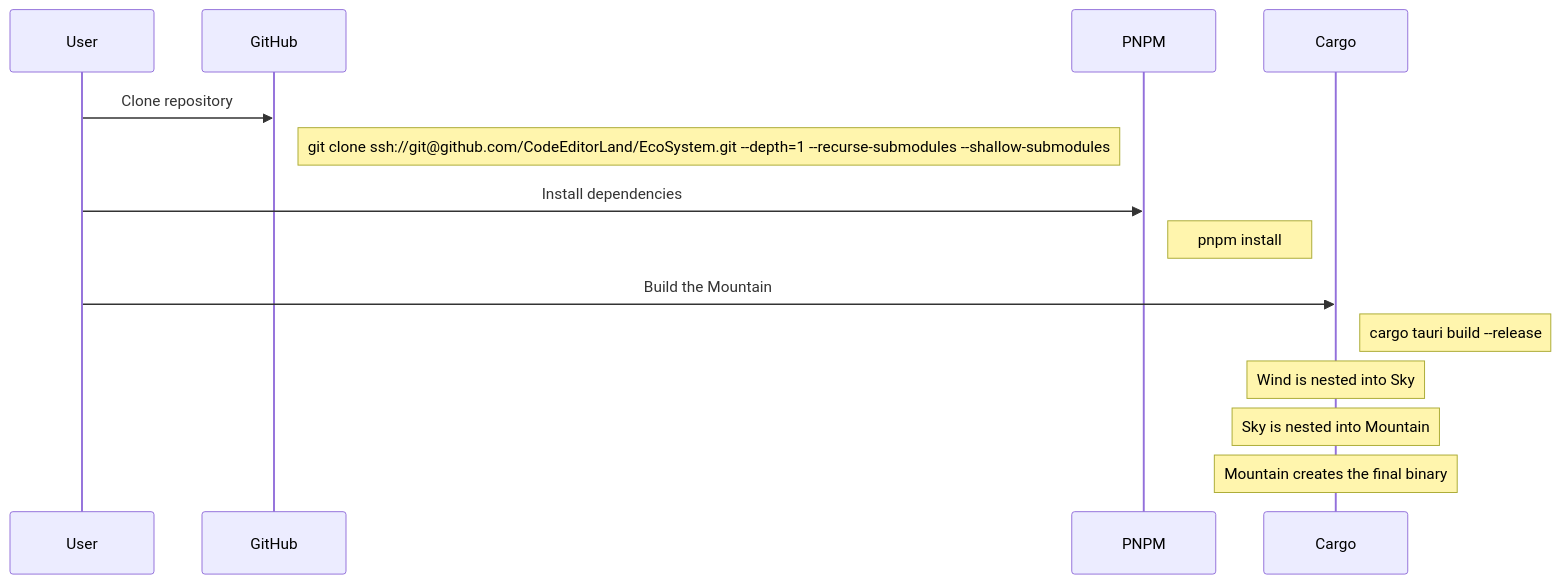
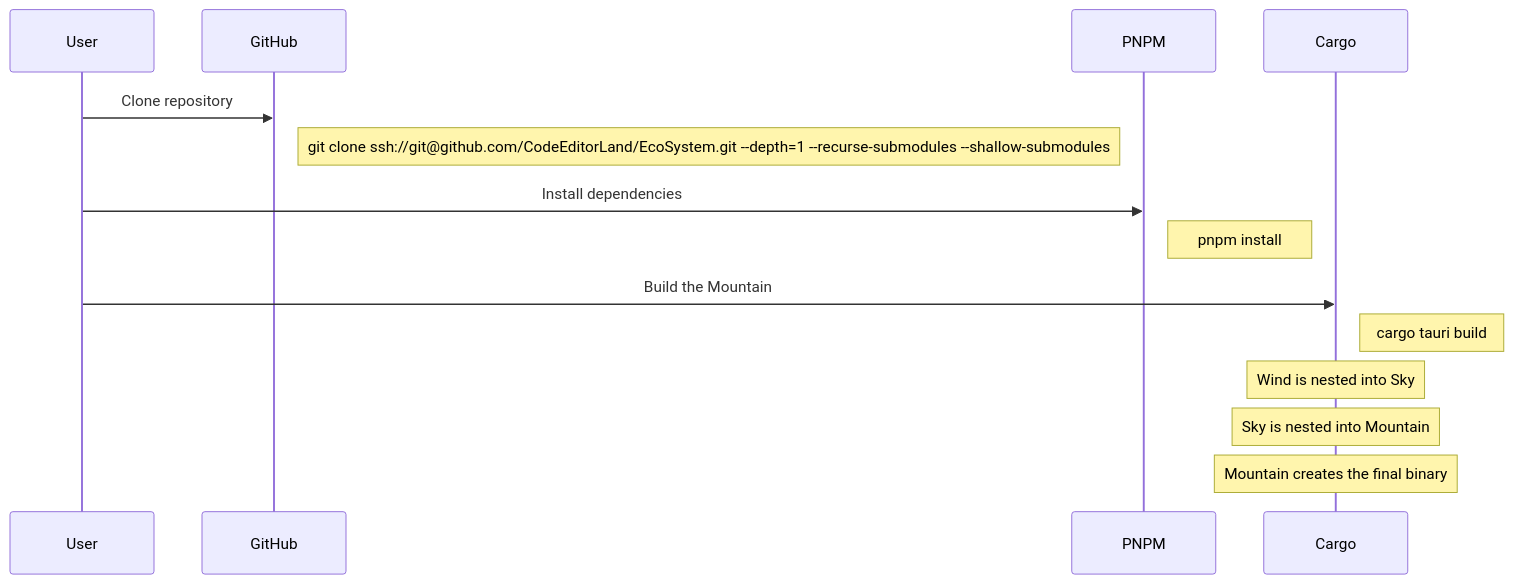
Before and after one commit to CodeEditorLand/Land: the second of 2 diagrams in README.md, drawn with Mermaid. The commit also changed other lines of this file, not shown here.

````diff
--- a/README.md
+++ b/README.md
@@ -100,20 +101,20 @@
 ```mermaid
 sequenceDiagram
     participant User
     participant GitHub
     participant PNPM
     participant Cargo
 
     User->>GitHub: Clone repository
     Note right of GitHub: git clone ssh://git@github.com/CodeEditorLand/EcoSystem.git --depth=1 --recurse-submodules --shallow-submodules
 
     User->>PNPM: Install dependencies
     Note right of PNPM: pnpm install
 
     User->>Cargo: Build the Mountain
-    Note right of Cargo: cargo tauri build --release
+    Note right of Cargo: cargo tauri build
 
     Note over Cargo: Wind is nested into Sky
     Note over Cargo: Sky is nested into Mountain
     Note over Cargo: Mountain creates the final binary
 ```
````
